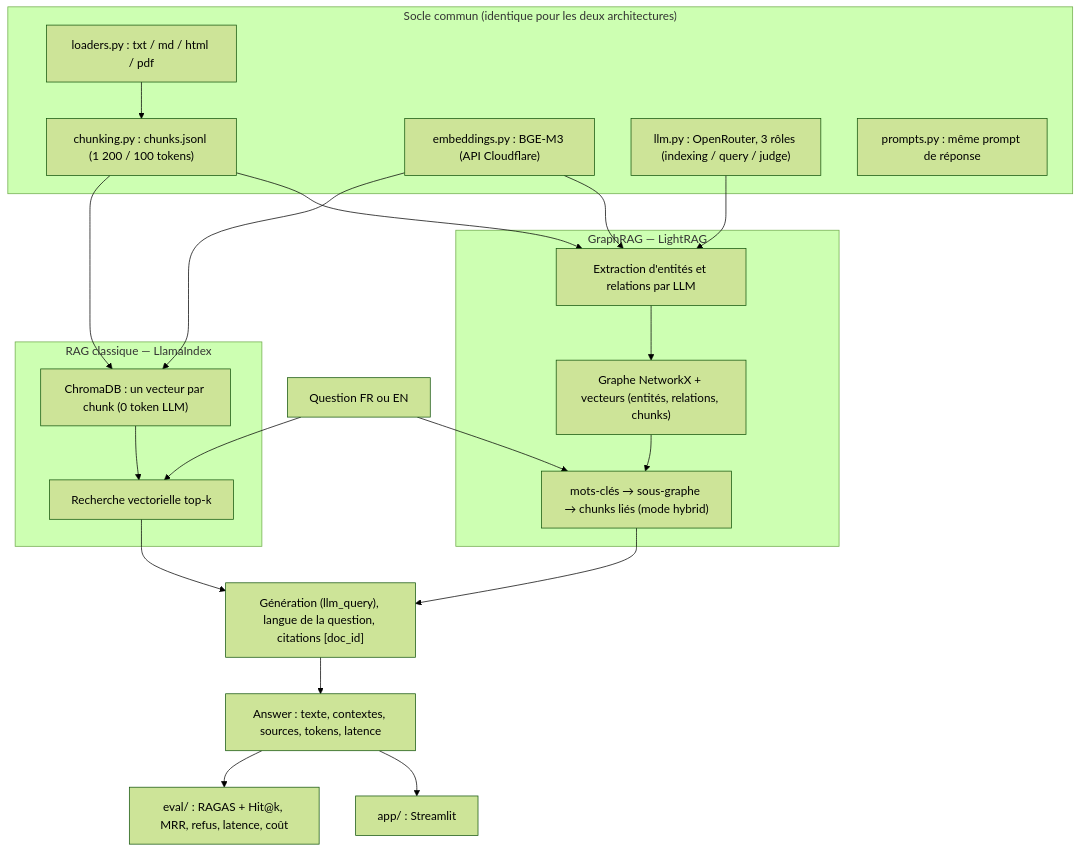
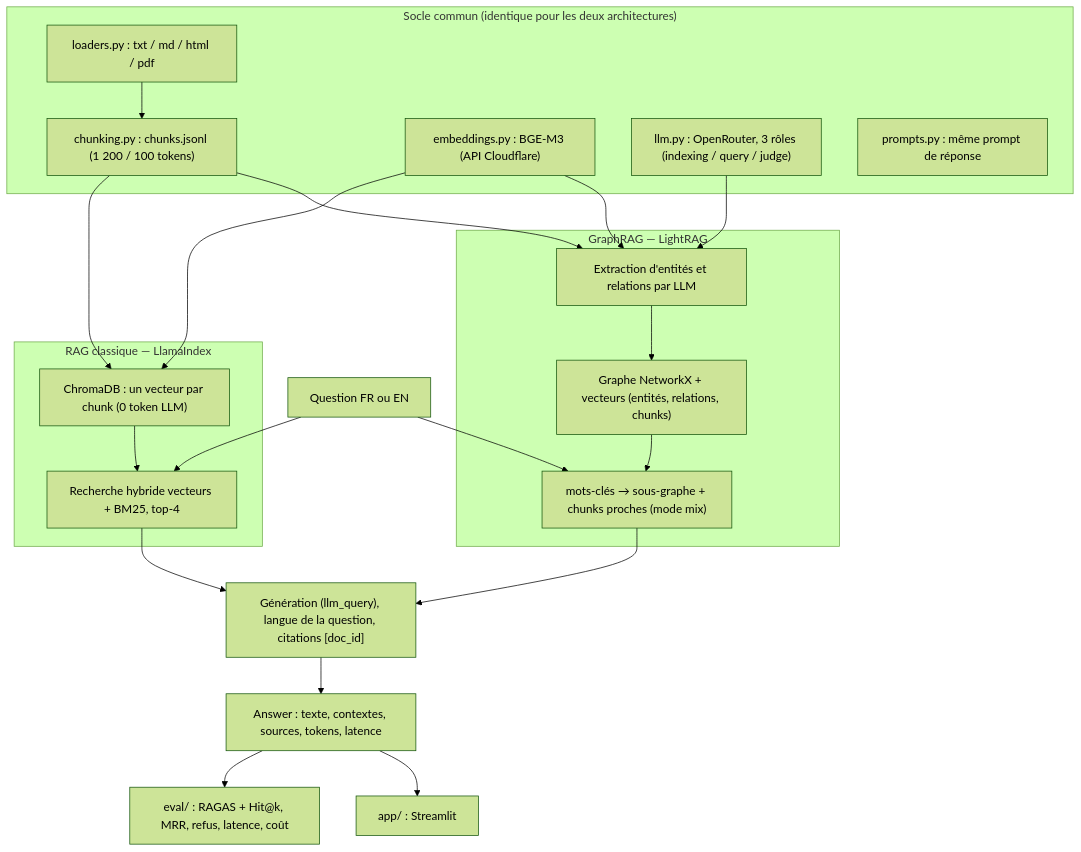
One commit to Mohamed-Aziiz/RAG_UHA changed the diagram in README.md. Above: the diagram before and after it, drawn with Mermaid (forest theme). The commit also changed other lines of this file, not shown here.

````diff
--- a/README.md
+++ b/README.md
@@ -58,28 +64,28 @@
 ```mermaid
 flowchart TB
     subgraph COMMUN["Socle commun (identique pour les deux architectures)"]
         LOAD["loaders.py : txt / md / html / pdf"]
         CHK["chunking.py : chunks.jsonl (1 200 / 100 tokens)"]
         EMB["embeddings.py : BGE-M3 (API Cloudflare)"]
         LLM["llm.py : OpenRouter, 3 rôles (indexing / query / judge)"]
         PR["prompts.py : même prompt de réponse"]
     end
     subgraph RAG["RAG classique — LlamaIndex"]
         IDX1["ChromaDB : un vecteur par chunk (0 token LLM)"]
-        RET1["Recherche vectorielle top-k"]
+        RET1["Recherche hybride vecteurs + BM25, top-4"]
     end
     subgraph GRAPH["GraphRAG — LightRAG"]
         IDX2["Extraction d'entités et relations par LLM"]
         KG["Graphe NetworkX + vecteurs (entités, relations, chunks)"]
-        RET2["mots-clés → sous-graphe → chunks liés (mode hybrid)"]
+        RET2["mots-clés → sous-graphe + chunks proches (mode mix)"]
     end
     Q["Question FR ou EN"] --> RET1 & RET2
     LOAD --> CHK --> IDX1 & IDX2
     EMB --> IDX1 & IDX2
     LLM --> IDX2
     IDX1 --> RET1
     IDX2 --> KG --> RET2
     RET1 & RET2 --> GEN["Génération (llm_query), langue de la question, citations [doc_id]"]
     GEN --> ANS["Answer : texte, contextes, sources, tokens, latence"]
     ANS --> EVAL["eval/ : RAGAS + Hit@k, MRR, refus, latence, coût"] & UI["app/ : Streamlit"]
 ```
````
